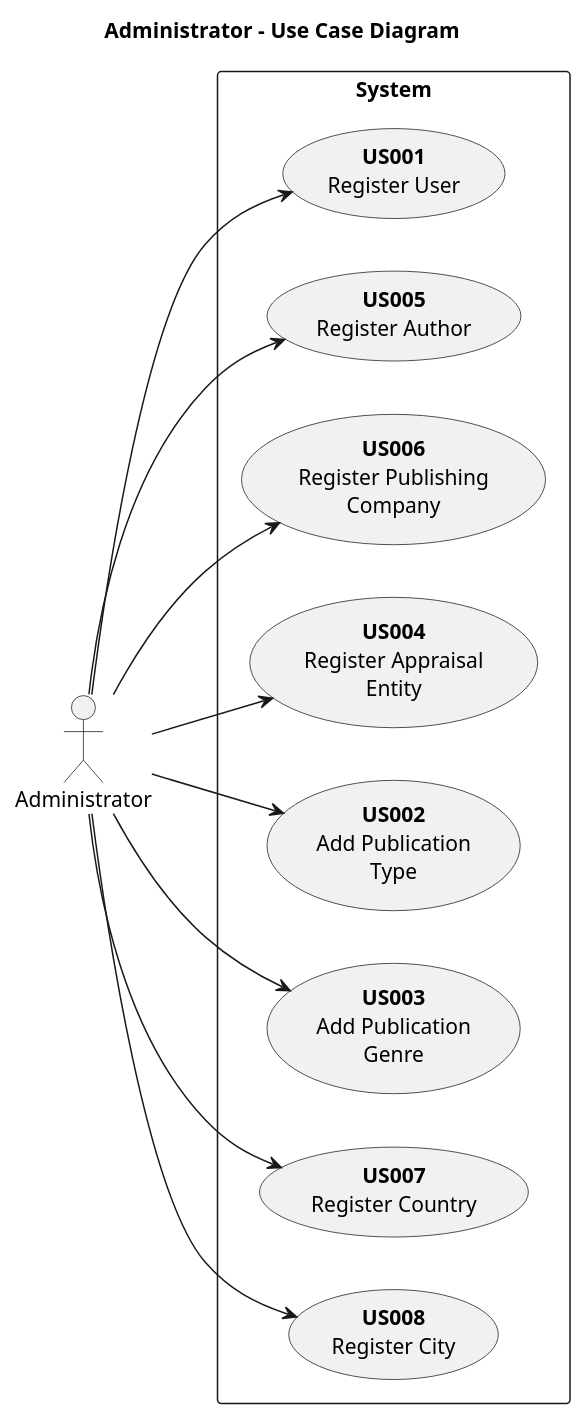
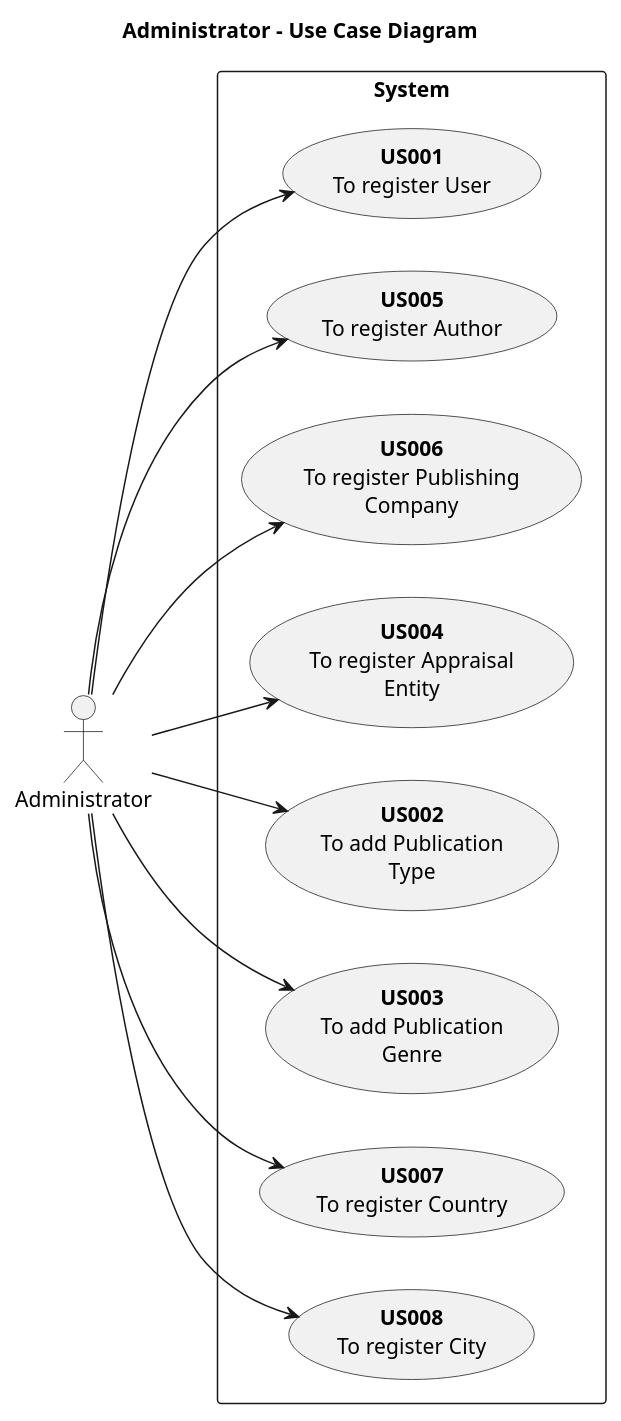
Before and after one commit to AndrePereiraGitH/SWitCH-Project-Team_A: the diagram in Diagrams/UserCaseDiagram/UCD_Administrator.puml, drawn with PlantUML. The commit also changed 4 other files, not shown here.

Commit message:
Working on #23 #26, updating User Case Diagram

```diff
--- a/Diagrams/UserCaseDiagram/UCD_Administrator.puml
+++ b/Diagrams/UserCaseDiagram/UCD_Administrator.puml
@@ -1,33 +1,33 @@
 @startuml
 title Administrator - Use Case Diagram
 left to right direction
 
 actor Administrator
 
 rectangle "System" {
 
   ' Registration use cases
-  usecase "**US001**\nRegister User" as UC1
-  usecase "**US005**\nRegister Author" as UC5
-  usecase "**US006**\nRegister Publishing\nCompany" as UC6
-  usecase "**US004**\nRegister Appraisal\nEntity" as UC4
+  usecase "**US001**\nTo register User" as UC1
+  usecase "**US005**\nTo register Author" as UC5
+  usecase "**US006**\nTo register Publishing\nCompany" as UC6
+  usecase "**US004**\nTo register Appraisal\nEntity" as UC4
 
   ' Reference data use cases
-  usecase "**US002**\nAdd Publication\nType" as UC2
-  usecase "**US003**\nAdd Publication\nGenre" as UC3
+  usecase "**US002**\nTo add Publication\nType" as UC2
+  usecase "**US003**\nTo add Publication\nGenre" as UC3
 
   ' Location use cases
-  usecase "**US007**\nRegister Country" as UC7
-  usecase "**US008**\nRegister City" as UC8
+  usecase "**US007**\nTo register Country" as UC7
+  usecase "**US008**\nTo register City" as UC8
 }
 
 Administrator --> UC1
 Administrator --> UC5
 Administrator --> UC6
 Administrator --> UC4
 Administrator --> UC2
 Administrator --> UC3
 Administrator --> UC7
 Administrator --> UC8
 
 @enduml
```
